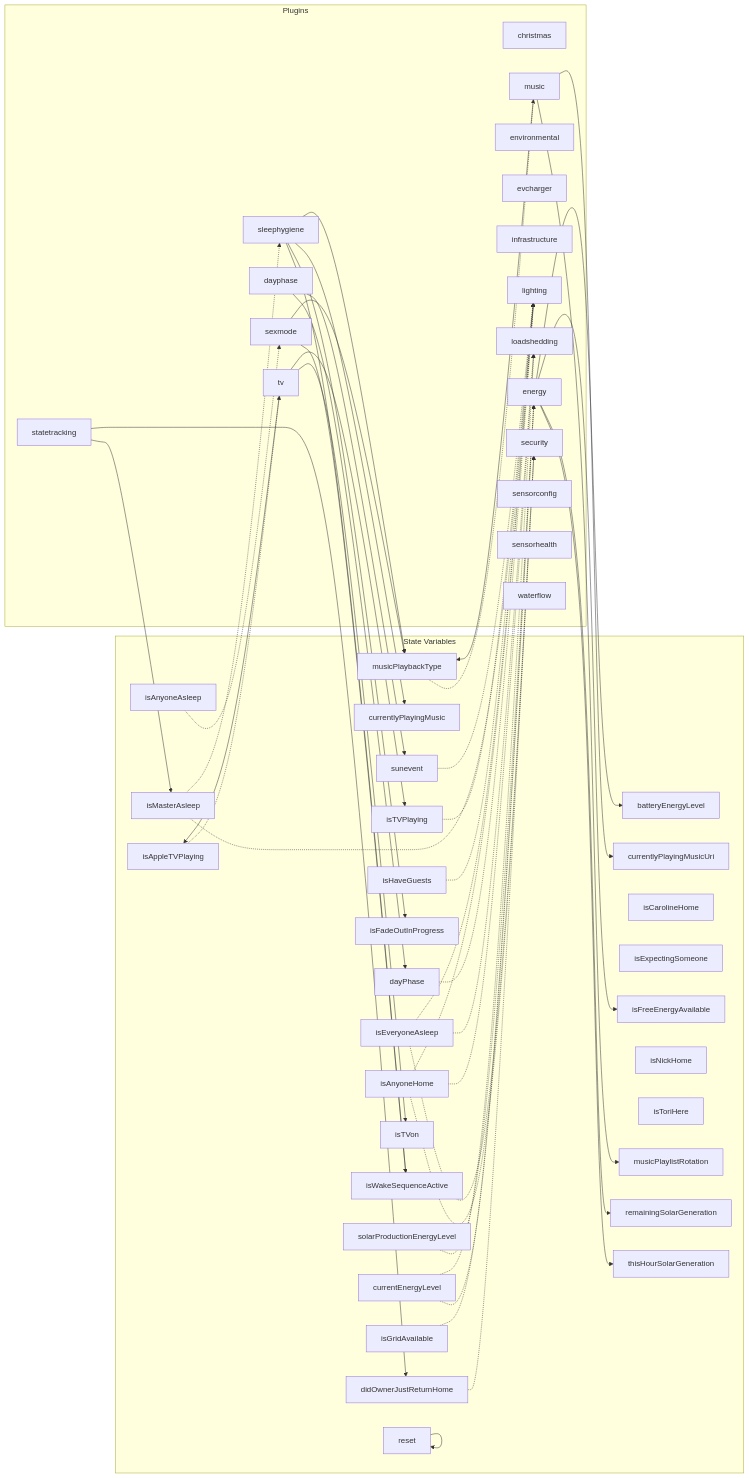
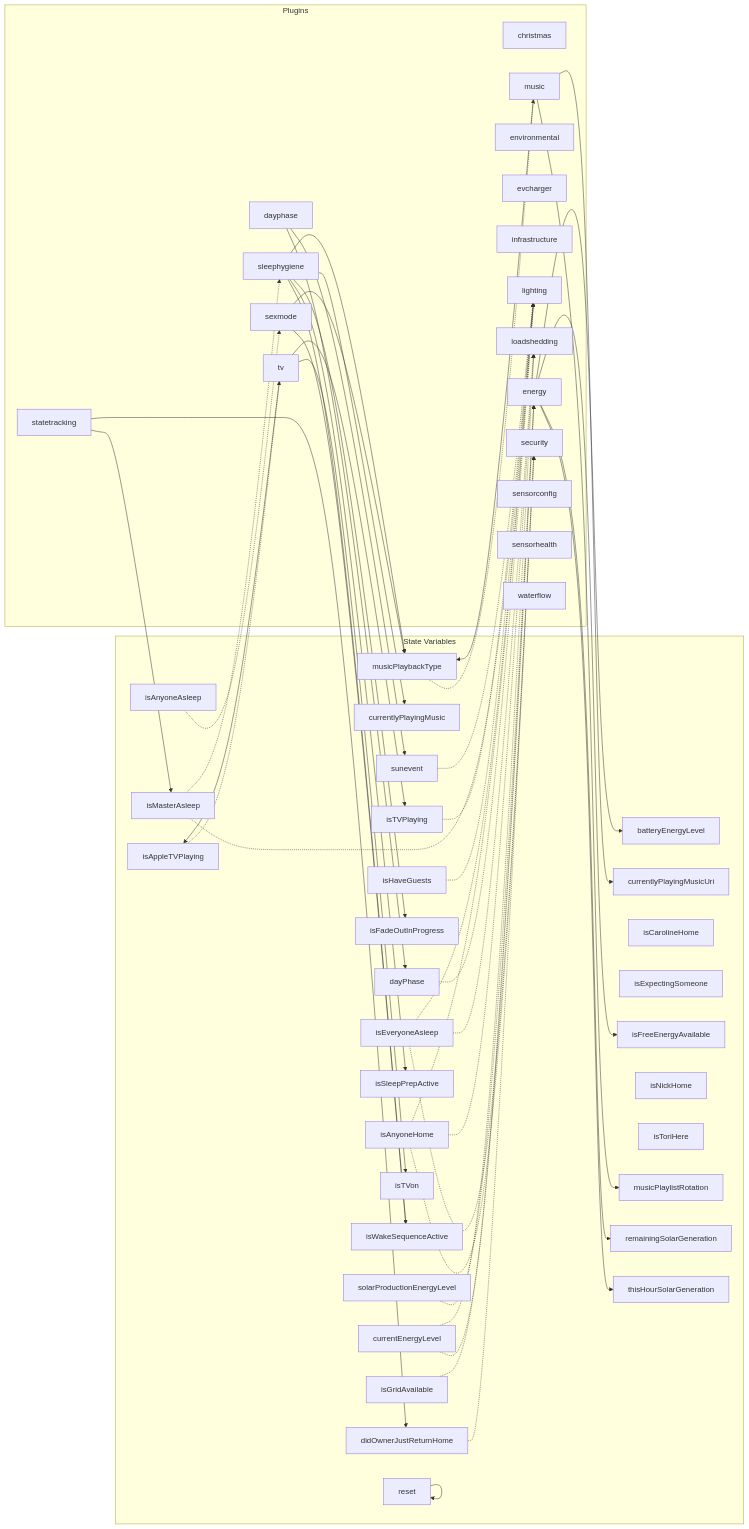
One commit to NickBorgers/home-automation changed the diagram in docs/generated/plugin-dependencies.md. Above: the diagram before and after it, drawn with Mermaid. The commit also changed 1 other file, not shown here.

Commit message:
chore: Regenerate diagrams for isSleepPrepActive variable

```diff
--- a/docs/generated/plugin-dependencies.md
+++ b/docs/generated/plugin-dependencies.md
@@ -23,6 +23,7 @@
         isHaveGuests["isHaveGuests"]
         isMasterAsleep["isMasterAsleep"]
         isNickHome["isNickHome"]
+        isSleepPrepActive["isSleepPrepActive"]
         isTVPlaying["isTVPlaying"]
         isTVon["isTVon"]
         isToriHere["isToriHere"]
@@ -95,6 +96,7 @@
     sexmode --> musicPlaybackType
     sleephygiene --> currentlyPlayingMusic
     sleephygiene --> isFadeOutInProgress
+    sleephygiene --> isSleepPrepActive
     sleephygiene --> isWakeSequenceActive
     sleephygiene --> musicPlaybackType
     statetracking --> didOwnerJustReturnHome
```
